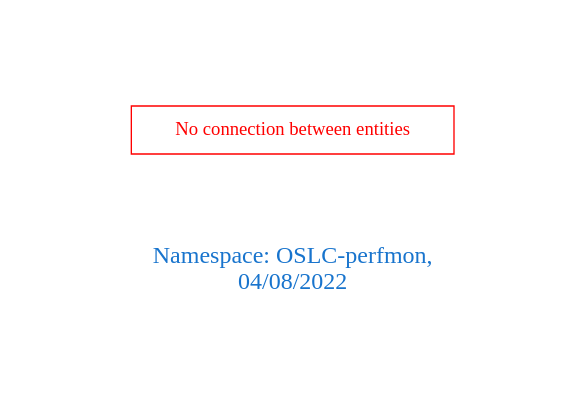
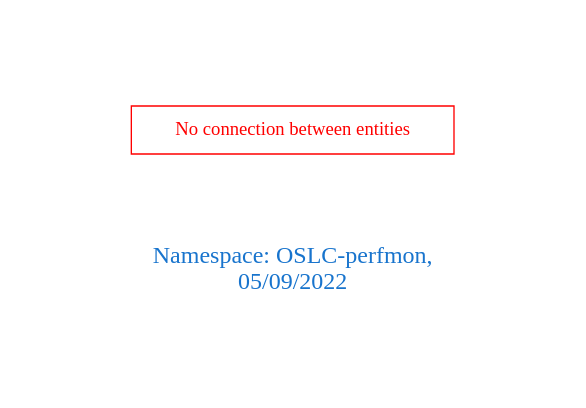
The diagram in downloads/OSLC-perfmon.dot (arago/OGIT), drawn with Graphviz before and after one commit. The commit also changed 1913 other files, not shown here.

```diff
--- a/downloads/OSLC-perfmon.dot
+++ b/downloads/OSLC-perfmon.dot
@@ -1,9 +1,9 @@
 digraph OGIT_ontology {
  graph [ rankdir= LR,pad=1 
 fontsize = 18,
-fontcolor= dodgerblue3,label = "\n\n\nNamespace: OSLC-perfmon, \n 04/08/2022"];
+fontcolor= dodgerblue3,label = "\n\n\nNamespace: OSLC-perfmon, \n 05/09/2022"];
 node[shape=polygon];
 edge [  color="gray81"];
 
 "No connection between entities" [fontcolor = "red",color="red", shape="polygon"]
 }
```
